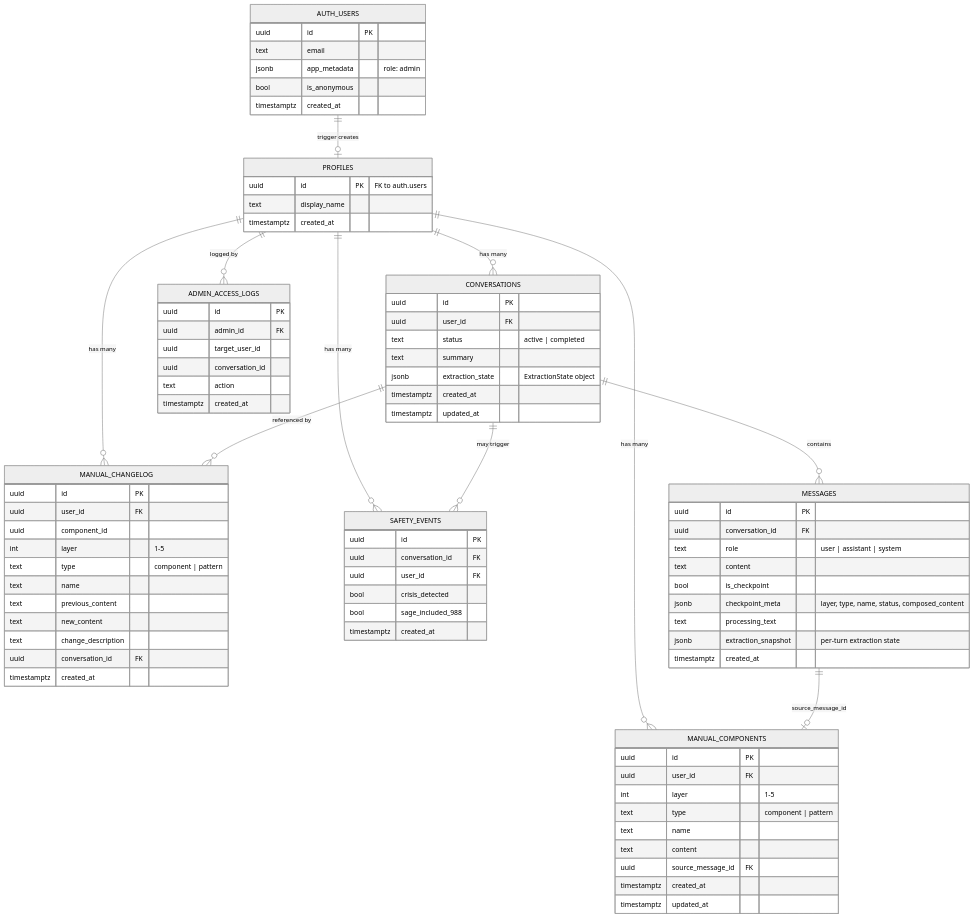
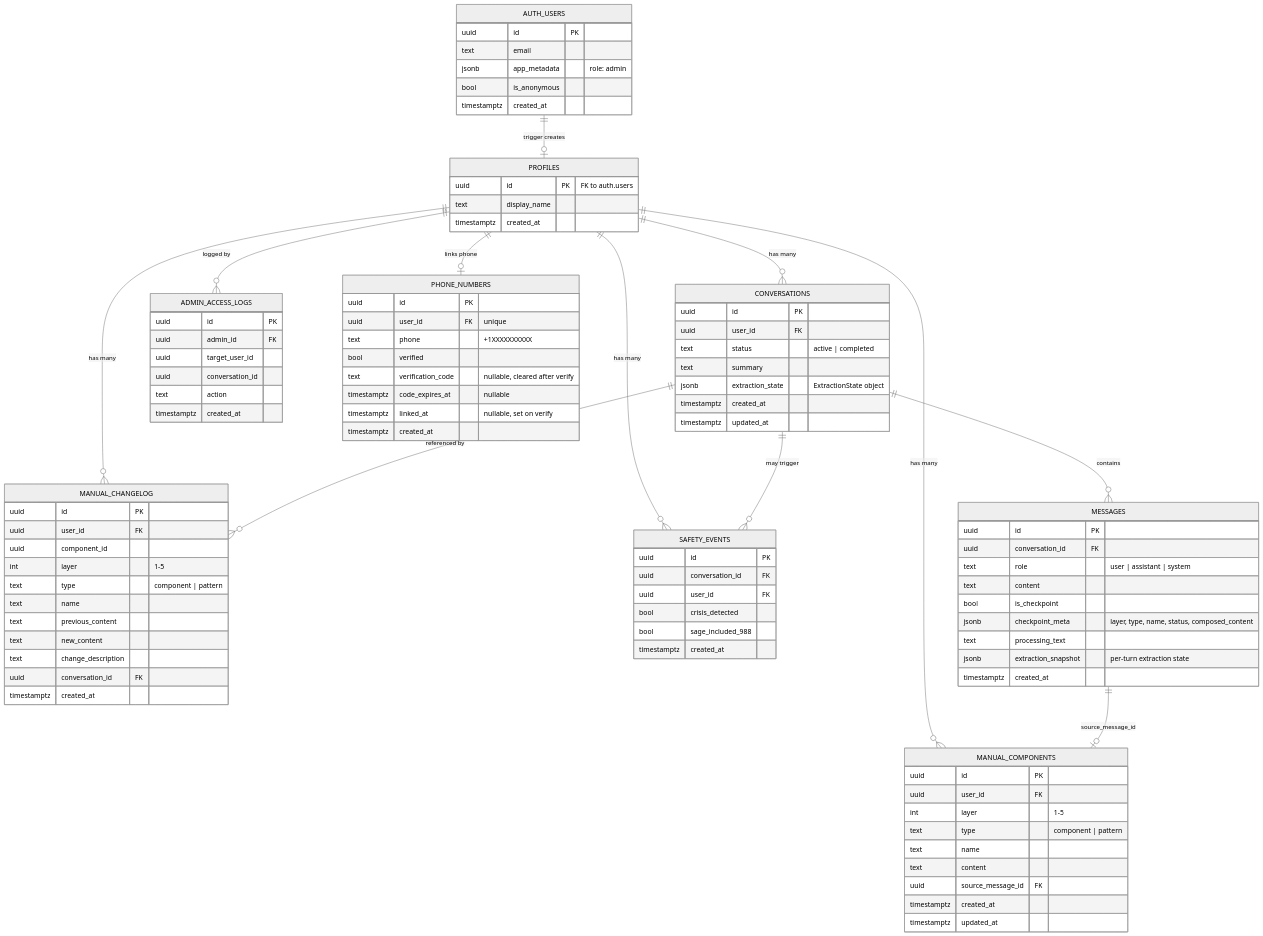
The diagram in .claude/diagrams/database-schema.md (h2onation/mantle), drawn with Mermaid (neutral theme) before and after one commit. The commit also changed 10 other files, not shown here.

First line of the commit message:
Text Sage: Twilio SMS echo bot, phone linking, settings UI

````diff
--- a/.claude/diagrams/database-schema.md
+++ b/.claude/diagrams/database-schema.md
@@ -8,6 +8,7 @@
     PROFILES ||--o{ MANUAL_CHANGELOG : "has many"
     PROFILES ||--o{ SAFETY_EVENTS : "has many"
     PROFILES ||--o{ ADMIN_ACCESS_LOGS : "logged by"
+    PROFILES ||--o| PHONE_NUMBERS : "links phone"
     CONVERSATIONS ||--o{ MESSAGES : "contains"
     CONVERSATIONS ||--o{ SAFETY_EVENTS : "may trigger"
     CONVERSATIONS ||--o{ MANUAL_CHANGELOG : "referenced by"
@@ -92,4 +93,15 @@
         text action
         timestamptz created_at
     }
+
+    PHONE_NUMBERS {
+        uuid id PK
+        uuid user_id FK "unique"
+        text phone "+1XXXXXXXXXX"
+        bool verified
+        text verification_code "nullable, cleared after verify"
+        timestamptz code_expires_at "nullable"
+        timestamptz linked_at "nullable, set on verify"
+        timestamptz created_at
+    }
 ```
````
